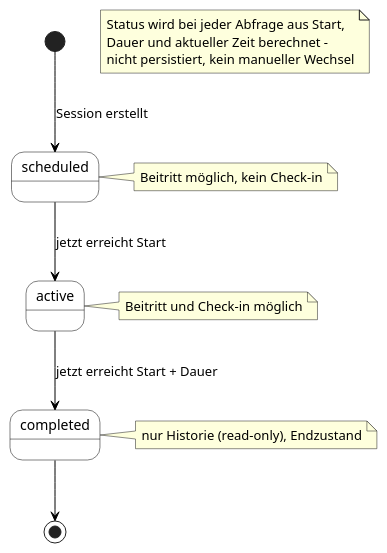
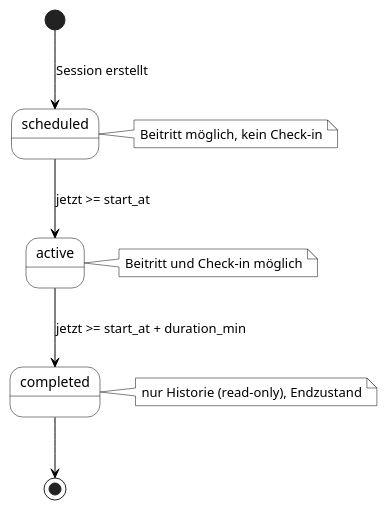
The diagram in docs/spec/diagrams/F3-af03-session-lifecycle.puml (Finn5k/Wirtschaftsinformatik-Projekt-I), drawn with PlantUML before and after one commit. The commit also changed 7 other files, not shown here.

```diff
--- a/docs/spec/diagrams/F3-af03-session-lifecycle.puml
+++ b/docs/spec/diagrams/F3-af03-session-lifecycle.puml
@@ -1,19 +1,22 @@
 @startuml F3-af03-session-lifecycle
 skinparam backgroundColor White
+skinparam shadowing false
+skinparam ArrowColor Black
 skinparam state {
   BackgroundColor White
   BorderColor Black
 }
-skinparam ArrowColor Black
+skinparam note {
+  BackgroundColor White
+  BorderColor Black
+}
 
 [*] --> scheduled : Session erstellt
-scheduled --> active : jetzt erreicht Start
-active --> completed : jetzt erreicht Start + Dauer
+scheduled --> active : jetzt >= start_at
+active --> completed : jetzt >= start_at + duration_min
 completed --> [*]
 
 note right of scheduled : Beitritt möglich, kein Check-in
 note right of active : Beitritt und Check-in möglich
 note right of completed : nur Historie (read-only), Endzustand
-
-note "Status wird bei jeder Abfrage aus Start,\nDauer und aktueller Zeit berechnet –\nnicht persistiert, kein manueller Wechsel" as N
 @enduml
```
